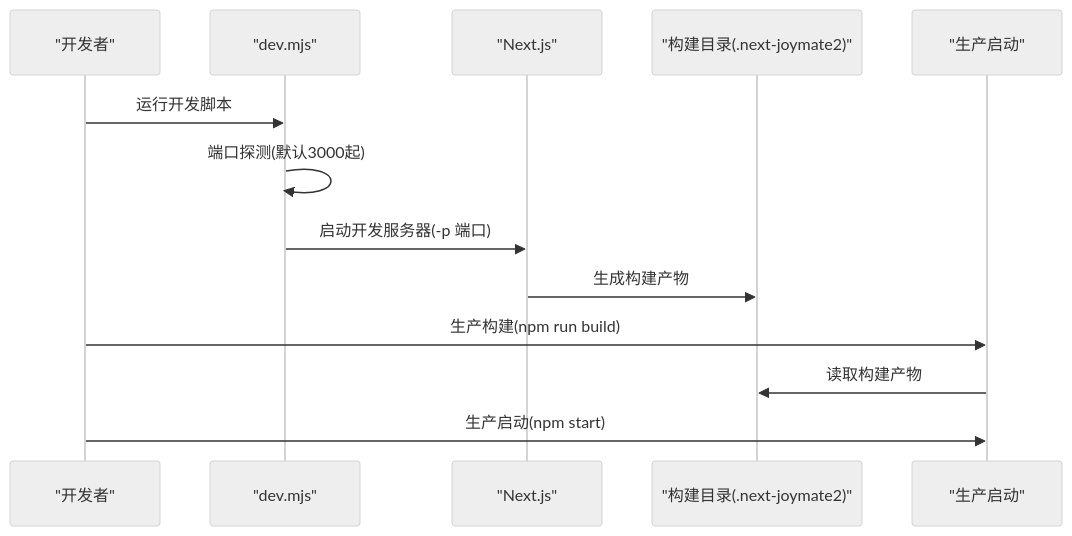
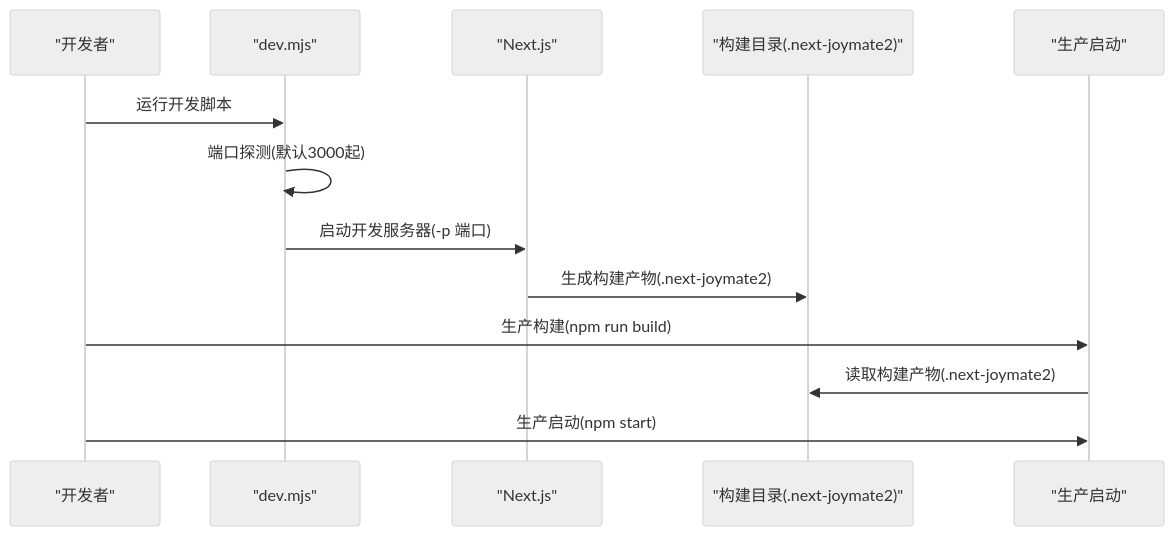
One commit to Jason-6300/JoyMate changed the third of 5 diagrams in .qoder/repowiki/zh/content/部署与运维.md. Above: the diagram before and after it, drawn with Mermaid (neutral theme). The commit also changed other lines of this file and 7 other files, not shown here.

````diff
--- a/.qoder/repowiki/zh/content/部署与运维.md
+++ b/.qoder/repowiki/zh/content/部署与运维.md
@@ -112,15 +125,15 @@
 ```mermaid
 sequenceDiagram
 participant Dev as "开发者"
 participant Script as "dev.mjs"
 participant Next as "Next.js"
 participant Build as "构建目录(.next-joymate2)"
 participant Start as "生产启动"
 Dev->>Script : 运行开发脚本
 Script->>Script : 端口探测(默认3000起)
 Script->>Next : 启动开发服务器(-p 端口)
-Next->>Build : 生成构建产物
+Next->>Build : 生成构建产物(.next-joymate2)
 Dev->>Start : 生产构建(npm run build)
-Start->>Build : 读取构建产物
+Start->>Build : 读取构建产物(.next-joymate2)
 Dev->>Start : 生产启动(npm start)
 ```
````
